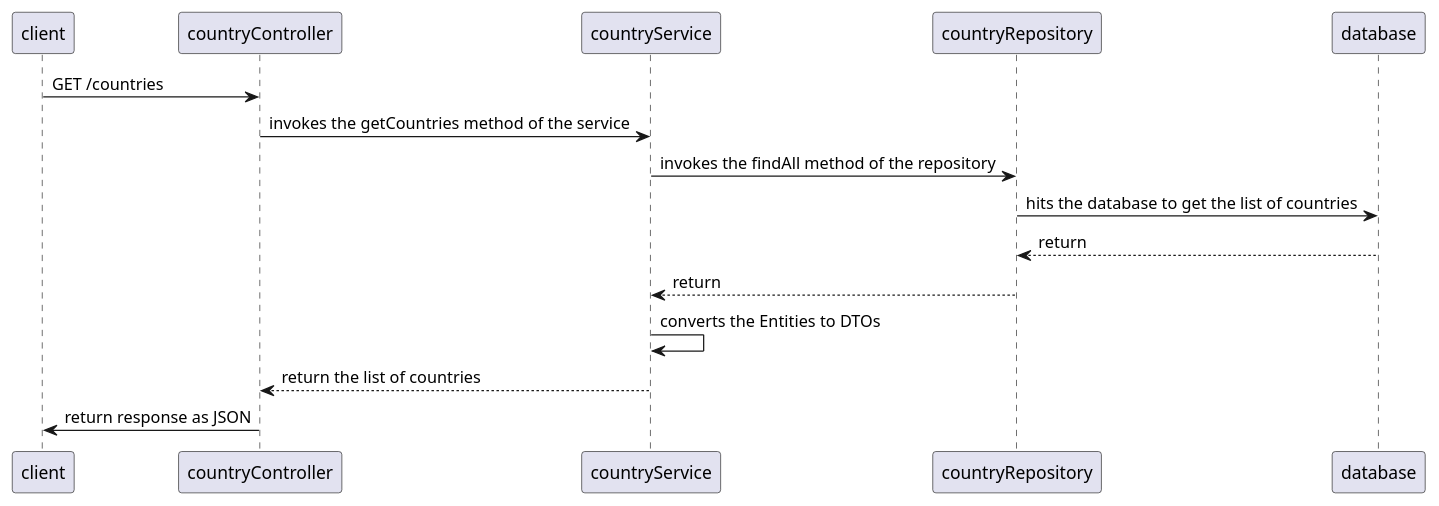
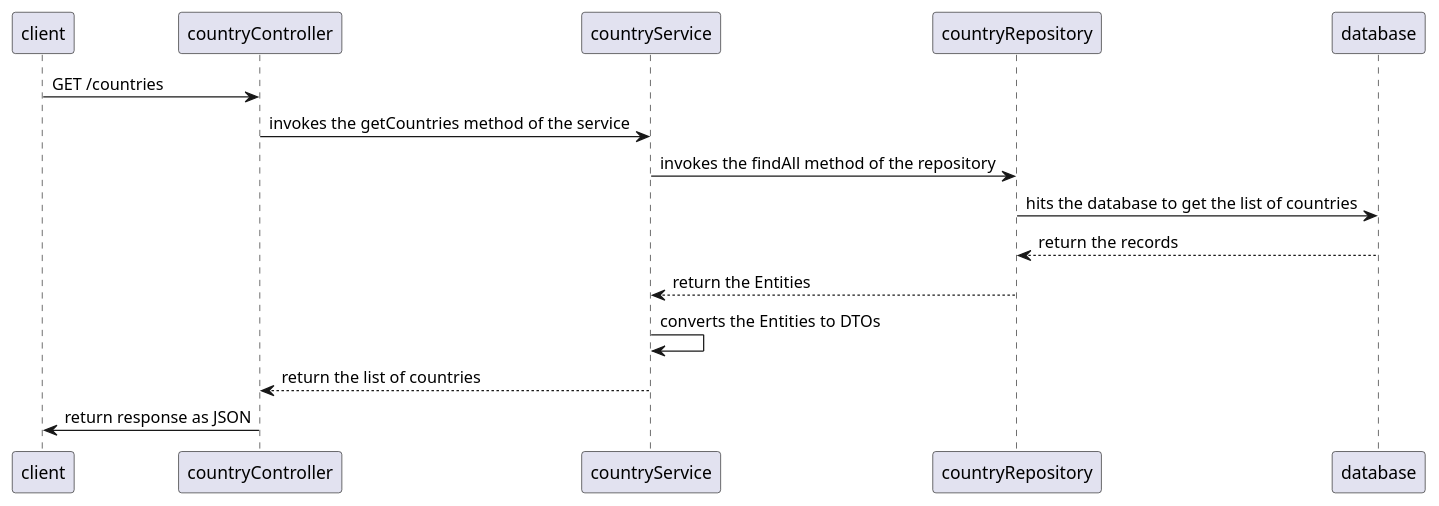
The third of 5 diagrams in src/main/asciidoc/index.adoc (laminba2003/spring-rest-services), drawn with PlantUML before and after one commit. The commit also changed other lines of this file, not shown here.

Commit message:
improvements

```diff
--- a/src/main/asciidoc/index.adoc
+++ b/src/main/asciidoc/index.adoc
@@ -95,20 +95,20 @@
 [plantuml, GetCountries-sequence-diagram, png]
 ----
 
 participant client
 participant countryController
 participant countryService
 participant countryRepository
 participant database
 
 client -> countryController: GET /countries
 countryController -> countryService: invokes the getCountries method of the service
 countryService -> countryRepository: invokes the findAll method of the repository
 countryRepository -> database: hits the database to get the list of countries
-countryRepository <-- database: return
-countryService <-- countryRepository: return
+countryRepository <-- database: return the records
+countryService <-- countryRepository: return the Entities
 countryService -> countryService: converts the Entities to DTOs
 countryController <-- countryService: return the list of countries
 countryController -> client: return response as JSON
 
 ----
```
